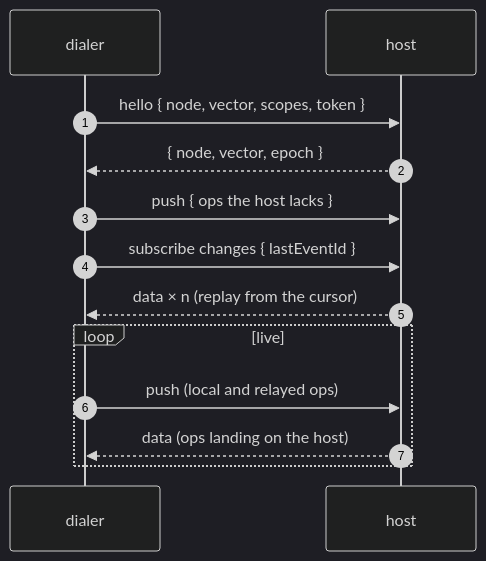
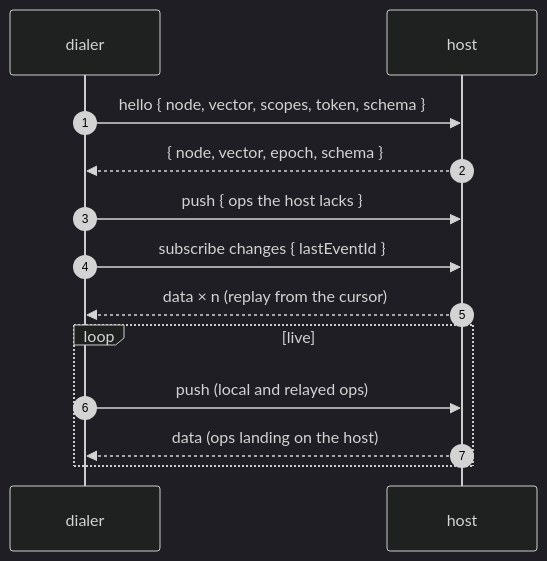
The diagram in docs/guide/sync.md (Alexis-Technologies/syncom), drawn with Mermaid (dark theme) before and after one commit. The commit also changed other lines of this file and 16 other files, not shown here.

First line of the commit message:
feat(schema): the writer's version on ops and entries — v slot, meta.v, schema.json, hello.schema, drift

````diff
--- a/docs/guide/sync.md
+++ b/docs/guide/sync.md
@@ -157,15 +160,15 @@
 ```mermaid
 sequenceDiagram
   autonumber
   participant D as dialer
   participant H as host
-  D->>H: hello { node, vector, scopes, token }
-  H-->>D: { node, vector, epoch }
+  D->>H: hello { node, vector, scopes, token, schema }
+  H-->>D: { node, vector, epoch, schema }
   D->>H: push { ops the host lacks }
   D->>H: subscribe changes { lastEventId }
   H-->>D: data × n (replay from the cursor)
   loop live
     D->>H: push (local and relayed ops)
     H-->>D: data (ops landing on the host)
   end
 ```
````
